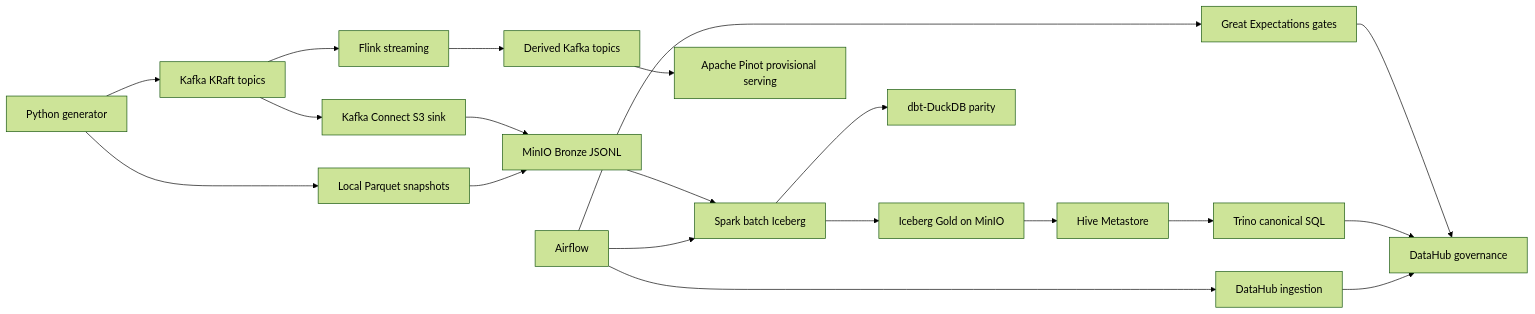
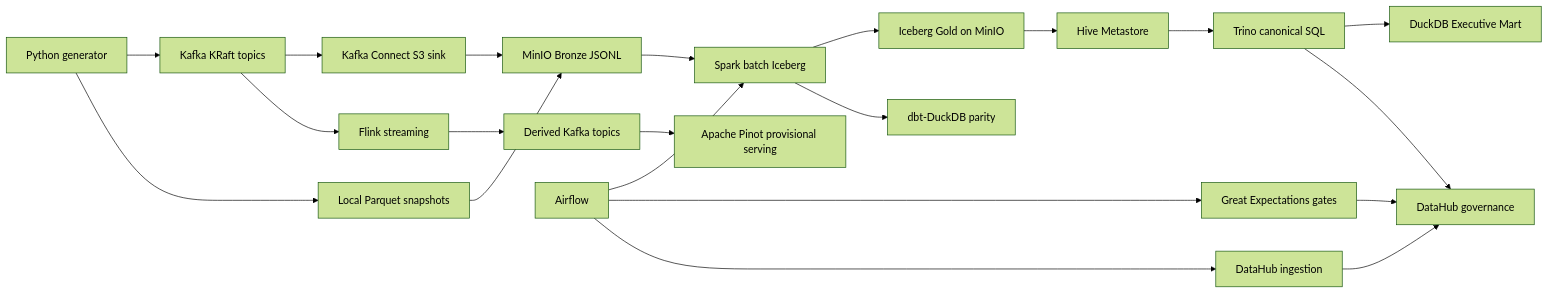
Before and after one commit to hhoangdo/ecom-data-platform: the diagram in README.md, drawn with Mermaid (forest theme). The commit also changed other lines of this file and 26 other files, not shown here.

First line of the commit message:
feat: Introduce DuckDB Executive Mart for local executive analysis

````diff
--- a/README.md
+++ b/README.md
@@ -48,22 +49,23 @@
 ```mermaid
 flowchart LR
   Gen["Python generator"] --> Kafka["Kafka KRaft topics"]
   Gen --> RawFiles["Local Parquet snapshots"]
   Kafka --> Connect["Kafka Connect S3 sink"]
   Connect --> Bronze["MinIO Bronze JSONL"]
   RawFiles --> Bronze
   Bronze --> Spark["Spark batch Iceberg"]
   Spark --> Gold["Iceberg Gold on MinIO"]
   Gold --> HMS["Hive Metastore"]
   HMS --> Trino["Trino canonical SQL"]
+  Trino --> ExecDuck["DuckDB Executive Mart"]
   Kafka --> Flink["Flink streaming"]
   Flink --> Derived["Derived Kafka topics"]
   Derived --> Pinot["Apache Pinot provisional serving"]
   Spark --> Dbt["dbt-DuckDB parity"]
   Airflow["Airflow"] --> Spark
   Airflow --> GX["Great Expectations gates"]
   GX --> DataHub["DataHub governance"]
   Trino --> DataHub
   Airflow --> DataHubIngest["DataHub ingestion"]
   DataHubIngest --> DataHub
 ```
````
